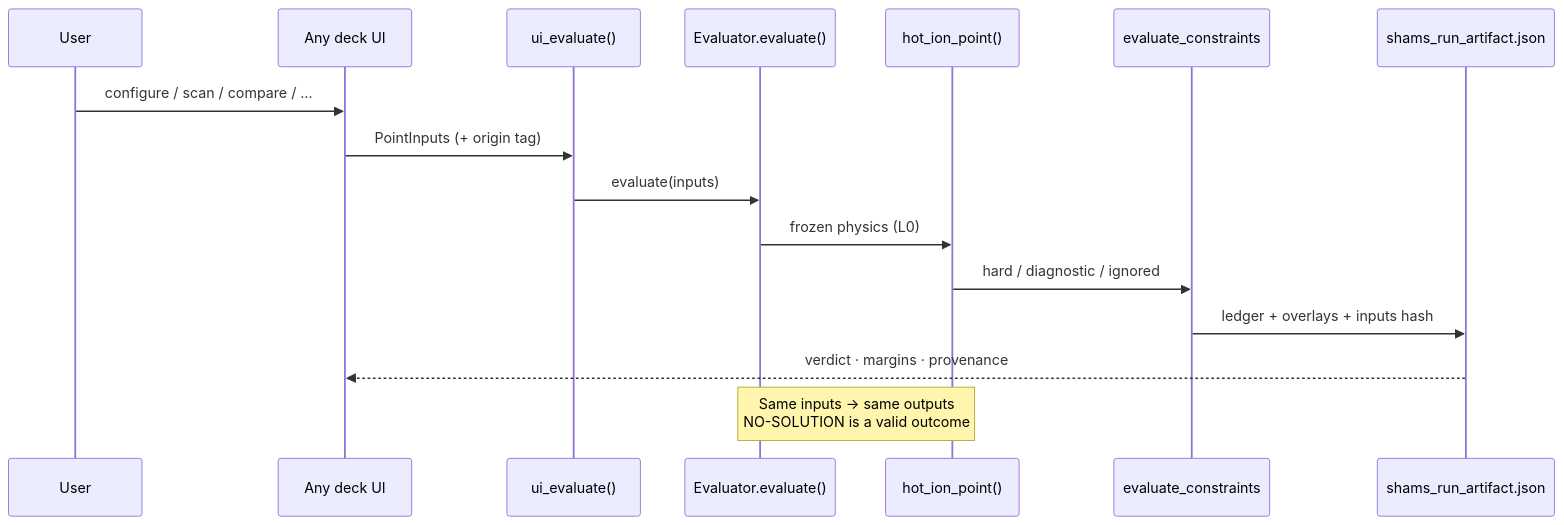
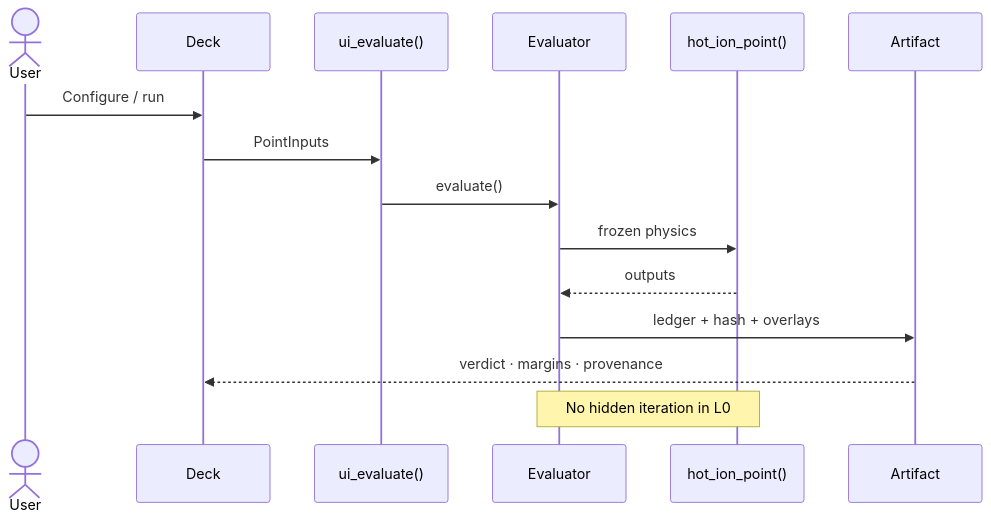
Before and after one commit to afshin-arj/SHAMS-0D-Tokamak-Design-Studio: the fifth of 6 diagrams in README.md, drawn with Mermaid. The commit also changed other lines of this file, not shown here.

First line of the commit message:
docs: refresh README with clearer diagrams and study workflow

````diff
--- a/README.md
+++ b/README.md
@@ -219,19 +157,18 @@
 ```mermaid
 sequenceDiagram
-  participant User
-  participant Deck as Any deck UI
+  actor U as User
+  participant D as Deck
   participant UI as ui_evaluate()
-  participant EV as Evaluator.evaluate()
-  participant HI as hot_ion_point()
-  participant CON as evaluate_constraints
-  participant ART as shams_run_artifact.json
+  participant E as Evaluator
+  participant H as hot_ion_point()
+  participant A as Artifact
 
-  User->>Deck: configure / scan / compare / …
-  Deck->>UI: PointInputs (+ origin tag)
-  UI->>EV: evaluate(inputs)
-  EV->>HI: frozen physics (L0)
-  HI->>CON: hard / diagnostic / ignored
-  CON->>ART: ledger + overlays + inputs hash
-  ART-->>Deck: verdict · margins · provenance
-  Note over EV,HI: Same inputs → same outputs<br/>NO-SOLUTION is a valid outcome
+  U->>D: Configure / run
+  D->>UI: PointInputs
+  UI->>E: evaluate()
+  E->>H: frozen physics
+  H-->>E: outputs
+  E->>A: ledger + hash + overlays
+  A-->>D: verdict · margins · provenance
+  Note over E,H: No hidden iteration in L0
 ```
````
